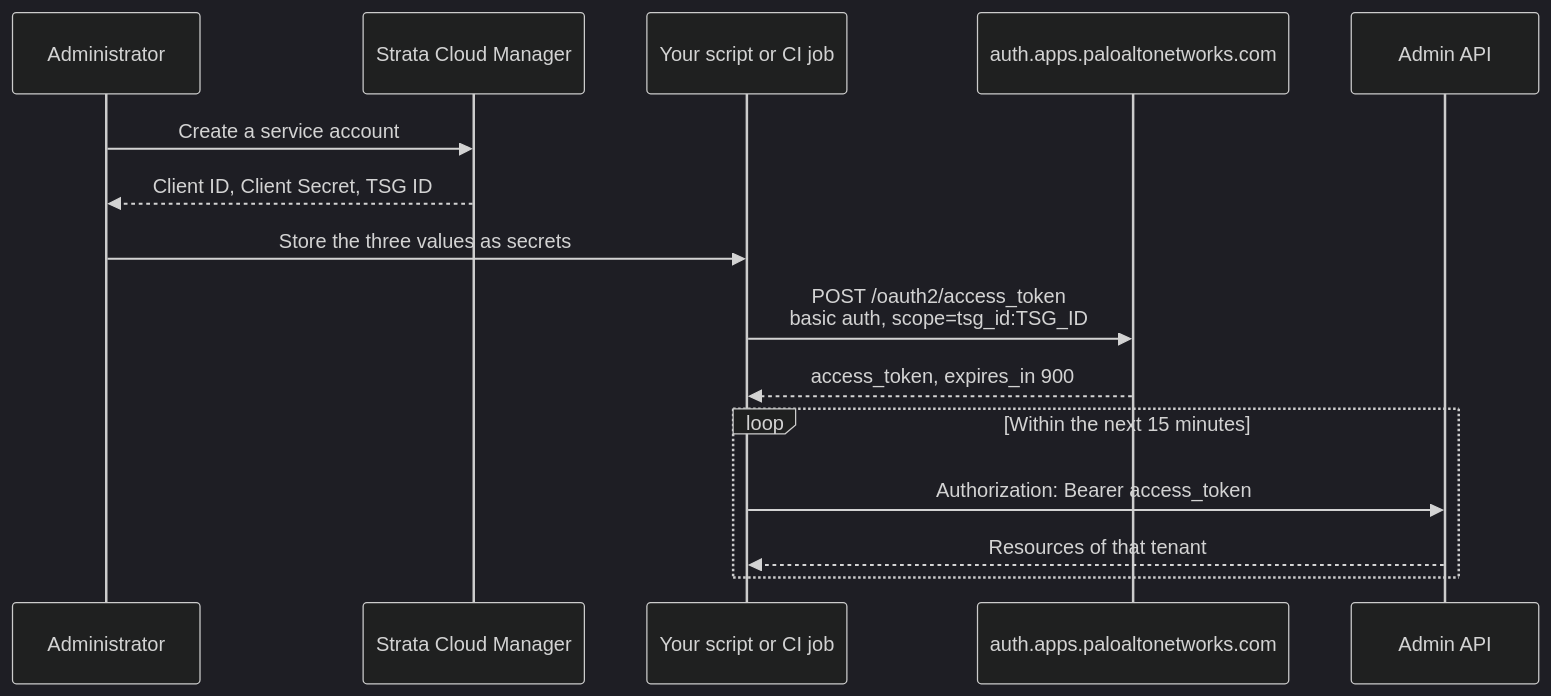
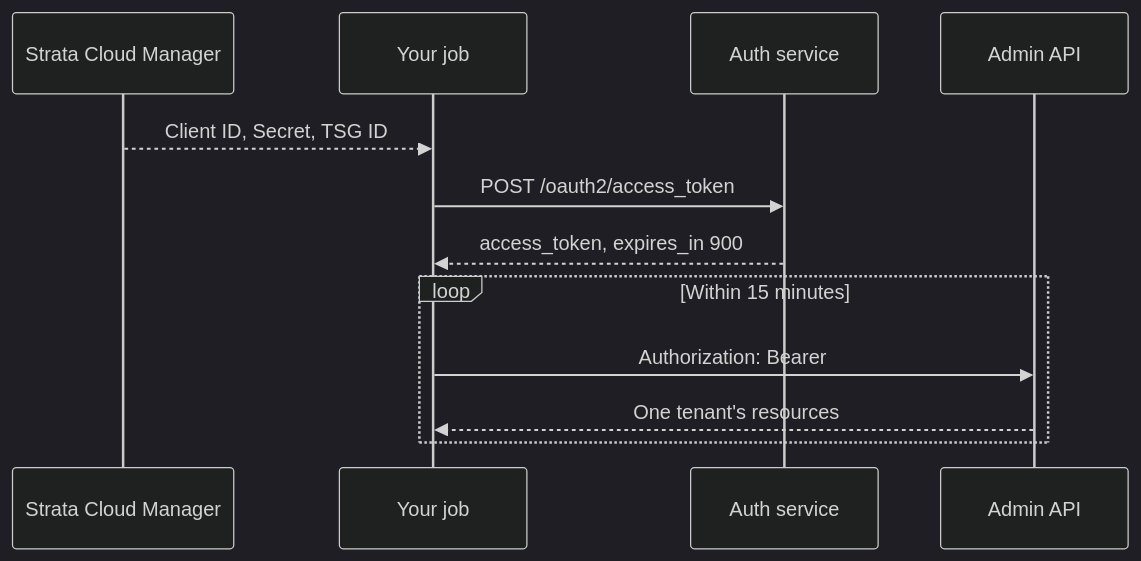
Before and after one commit to Portkey-AI/docs-core: the first of 2 diagrams in aigw/api-reference/admin-api/authentication.mdx, drawn with Mermaid (dark theme). The commit also changed other lines of this file and 1 other file, not shown here.

Commit message:
docs(aigw): redraw the Admin API diagrams so the labels stay readable
The flow diagram ran six nodes left to right, about 1800px of natural
width against a 1200px column, so Mintlify scaled the whole thing down and
the labels came out too small to read. Every diagram on these two pages is
now under 950px and renders at full size.

- The token flow turns vertical and drops the "your script" node, which
  cost a column and carried no information.
- The scope tree turns horizontal and collapses nine leaf nodes into two,
  one list per level.
- The sequence diagram loses the administrator participant and shortens
  its messages.
- The TSG hierarchy drops its classDef overrides, which fought the theme
  the other diagrams in the repo inherit.

Rendered each one with mermaid-cli to check the dimensions rather than
guessing: 517, 684, 950 and 584px wide.

````diff
--- a/aigw/api-reference/admin-api/authentication.mdx
+++ b/aigw/api-reference/admin-api/authentication.mdx
@@ -14,20 +14,16 @@
 ```mermaid
 sequenceDiagram
-    participant Admin as Administrator
     participant SCM as Strata Cloud Manager
-    participant App as Your script or CI job
-    participant Auth as auth.apps.paloaltonetworks.com
+    participant App as Your job
+    participant Auth as Auth service
     participant API as Admin API
 
-    Admin->>SCM: Create a service account
-    SCM-->>Admin: Client ID, Client Secret, TSG ID
-    Admin->>App: Store the three values as secrets
-
-    App->>Auth: POST /oauth2/access_token<br/>basic auth, scope=tsg_id:TSG_ID
+    SCM-->>App: Client ID, Secret, TSG ID
+    App->>Auth: POST /oauth2/access_token
     Auth-->>App: access_token, expires_in 900
 
-    loop Within the next 15 minutes
-        App->>API: Authorization: Bearer access_token
-        API-->>App: Resources of that tenant
+    loop Within 15 minutes
+        App->>API: Authorization: Bearer
+        API-->>App: One tenant's resources
     end
 ```
````
